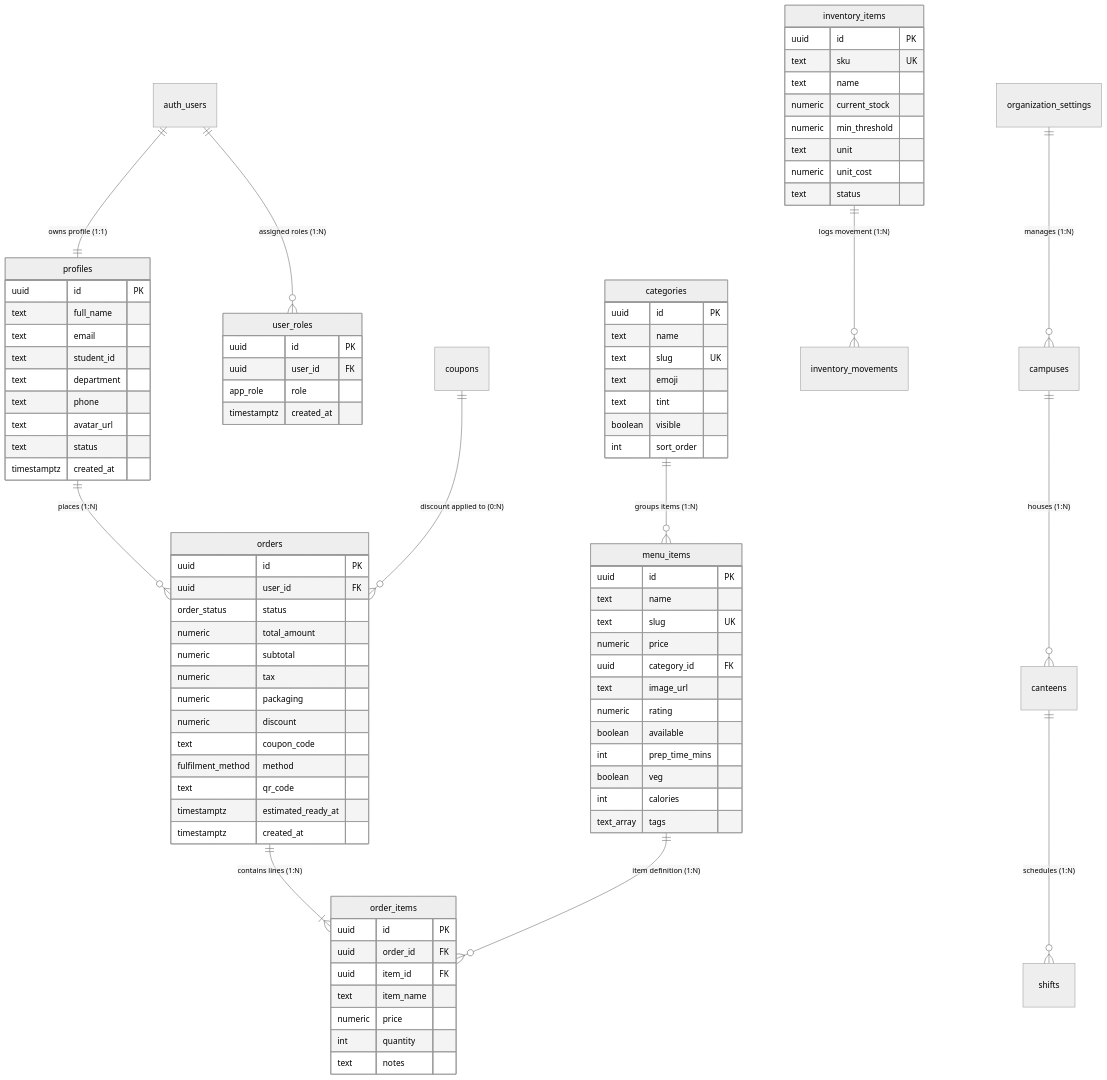
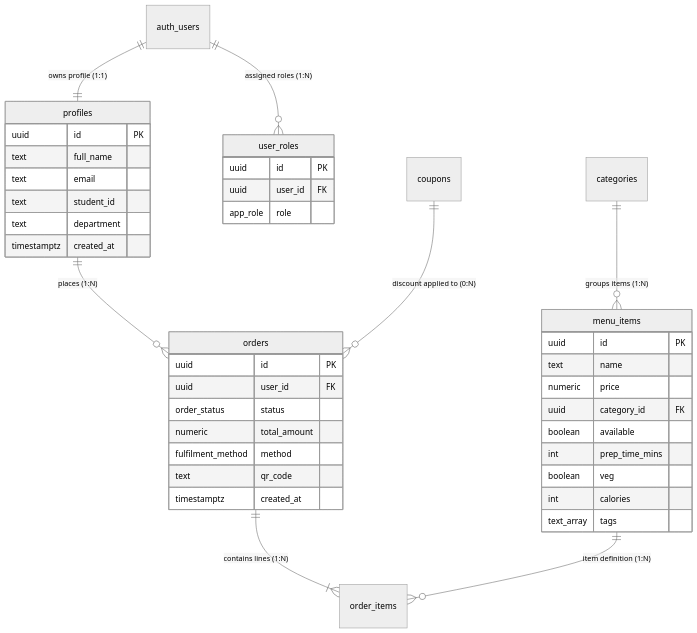
One commit to Ranjitpatra26/canteenos-hub changed the diagram in README.md. Above: the diagram before and after it, drawn with Mermaid (neutral theme). The commit also changed other lines of this file, not shown here.

Commit message:
docs: update README.md with maintainer info, voice ordering, protein tracker, and architecture guide

````diff
--- a/README.md
+++ b/README.md
@@ -300,10 +213,6 @@
     coupons ||--o{ orders : "discount applied to (0:N)"
     orders ||--|{ order_items : "contains lines (1:N)"
     menu_items ||--o{ order_items : "item definition (1:N)"
-    inventory_items ||--o{ inventory_movements : "logs movement (1:N)"
-    organization_settings ||--o{ campuses : "manages (1:N)"
-    campuses ||--o{ canteens : "houses (1:N)"
-    canteens ||--o{ shifts : "schedules (1:N)"
 
     profiles {
         uuid id PK
@@ -311,9 +220,6 @@
         text email
         text student_id
         text department
-        text phone
-        text avatar_url
-        text status
         timestamptz created_at
     }
 
@@ -321,27 +227,13 @@
         uuid id PK
         uuid user_id FK
         app_role role
-        timestamptz created_at
-    }
-
-    categories {
-        uuid id PK
-        text name
-        text slug UK
-        text emoji
-        text tint
-        boolean visible
-        int sort_order
     }
 
     menu_items {
         uuid id PK
         text name
-        text slug UK
         numeric price
         uuid category_id FK
-        text image_url
-        numeric rating
         boolean available
         int prep_time_mins
         boolean veg
@@ -354,35 +246,8 @@
         uuid user_id FK
         order_status status
         numeric total_amount
-        numeric subtotal
-        numeric tax
-        numeric packaging
-        numeric discount
-        text coupon_code
         fulfilment_method method
         text qr_code
-        timestamptz estimated_ready_at
         timestamptz created_at
     }
-
-    order_items {
-        uuid id PK
-        uuid order_id FK
-        uuid item_id FK
-        text item_name
-        numeric price
-        int quantity
-        text notes
-    }
-
-    inventory_items {
-        uuid id PK
-        text sku UK
-        text name
-        numeric current_stock
-        numeric min_threshold
-        text unit
-        numeric unit_cost
-        text status
-    }
 ```
````
